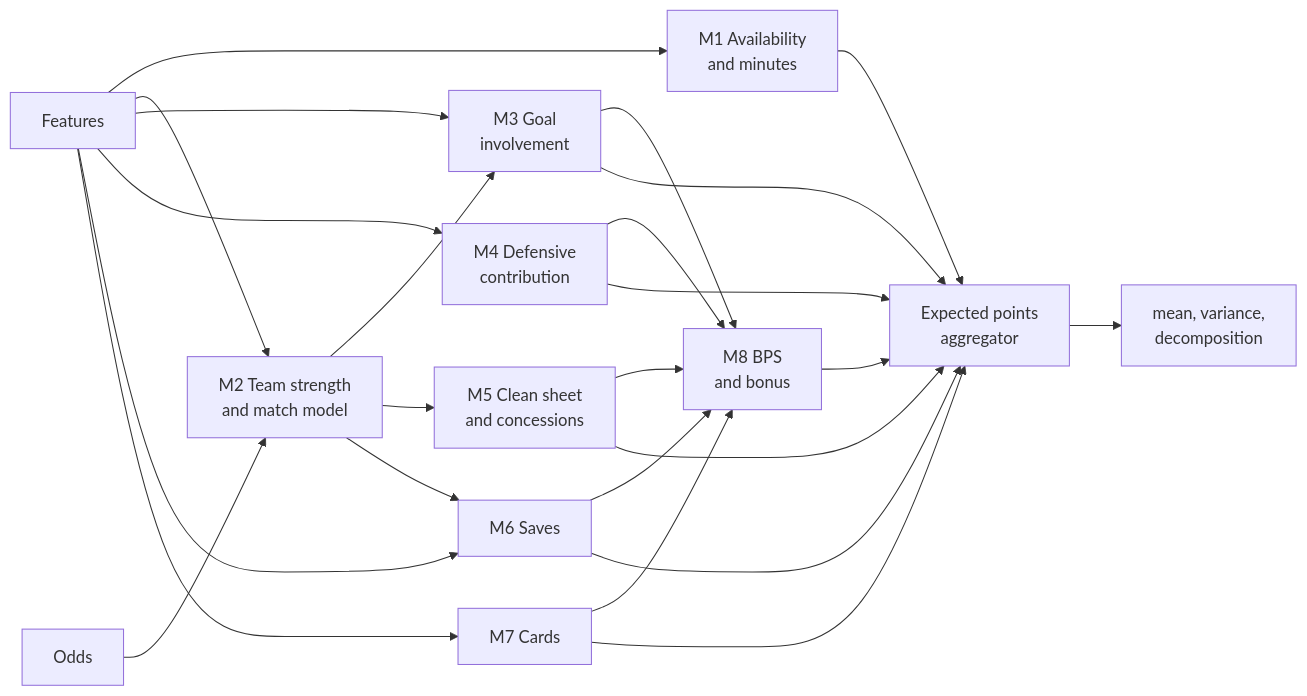
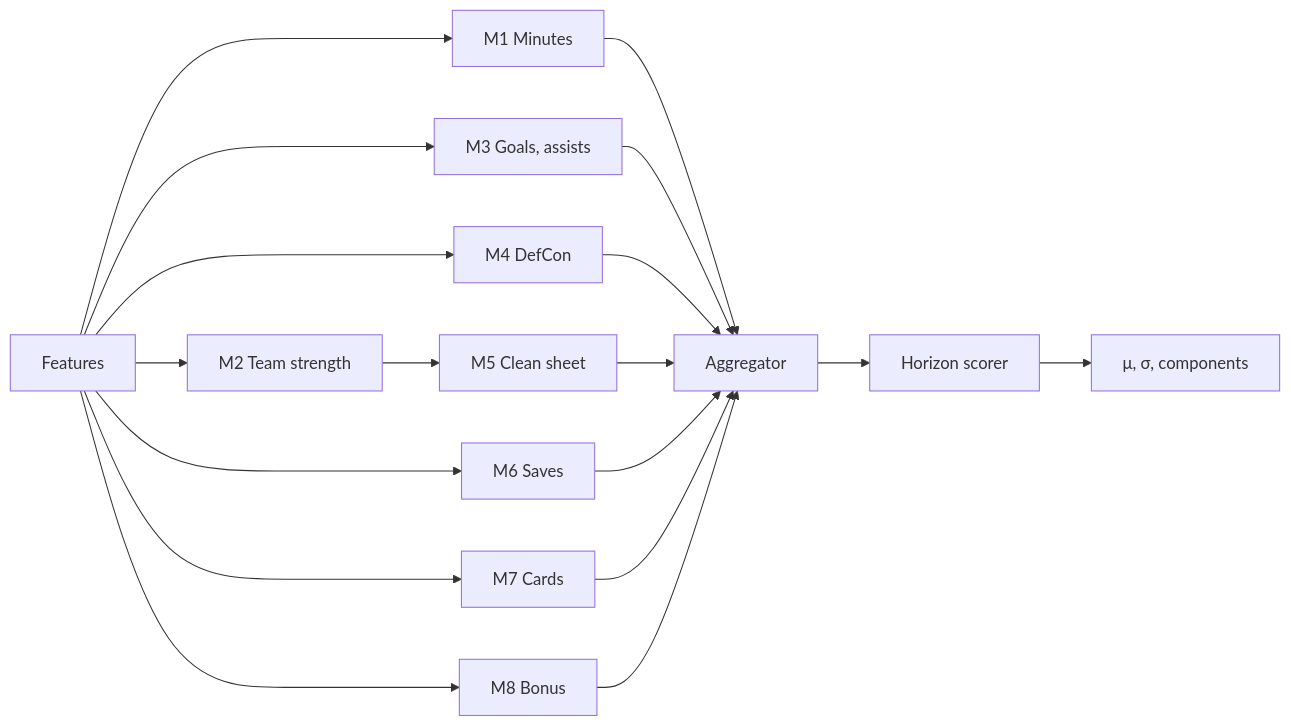
Before and after one commit to talonegg/fpl_dof2: the second of 2 diagrams in docs/planning/04-conceptual-design.md, drawn with Mermaid. The commit also changed other lines of this file and 18 other files, not shown here.

````diff
--- a/docs/planning/04-conceptual-design.md
+++ b/docs/planning/04-conceptual-design.md
@@ -418,15 +290,6 @@
 ```mermaid
 graph LR
-    F["Features"] --> M1["M1 Availability<br/>and minutes"]
-    F --> M2["M2 Team strength<br/>and match model"]
-    ODDS["Odds"] --> M2
-    F --> M3["M3 Goal<br/>involvement"]
-    F --> M4["M4 Defensive<br/>contribution"]
-    F --> M6["M6 Saves"]
-    F --> M7["M7 Cards"]
-    M2 --> M3 & M5["M5 Clean sheet<br/>and concessions"] & M6
-    M1 --> AGG
-    M3 & M4 & M5 & M6 & M7 --> M8["M8 BPS<br/>and bonus"]
-    M3 & M4 & M5 & M6 & M7 & M8 --> AGG["Expected points<br/>aggregator"]
-    AGG --> OUT["mean, variance,<br/>decomposition"]
+    F["Features"] --> M1["M1 Minutes"] & M2["M2 Team strength"] & M3["M3 Goals, assists"] & M4["M4 DefCon"] & M6["M6 Saves"] & M7["M7 Cards"] & M8["M8 Bonus"]
+    M2 --> M5["M5 Clean sheet"]
+    M1 & M3 & M4 & M5 & M6 & M7 & M8 --> AGG["Aggregator"] --> H["Horizon scorer"] --> OUT["μ, σ, components"]
 ```
````
